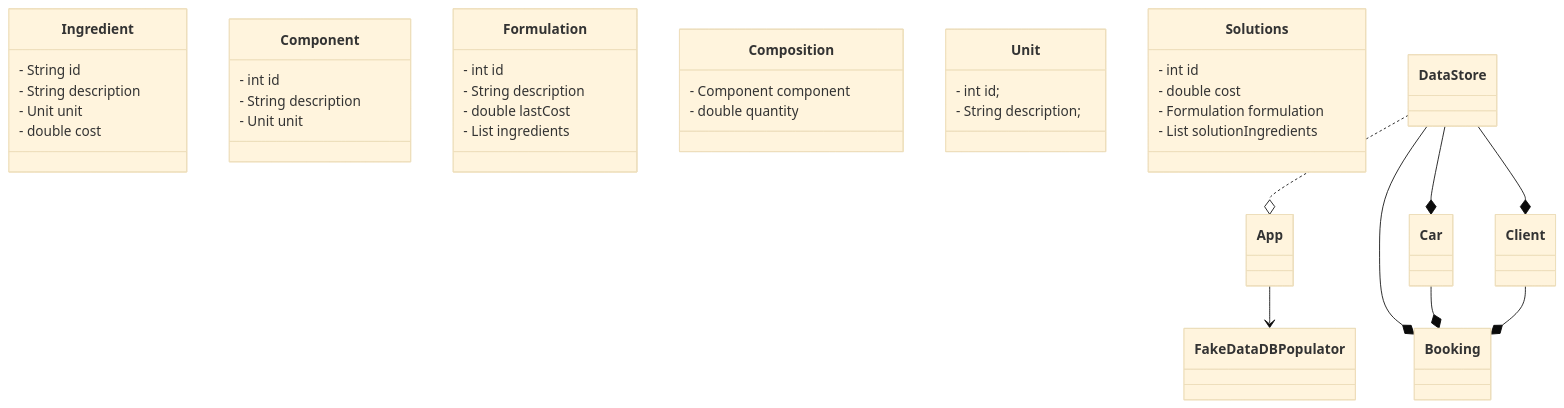
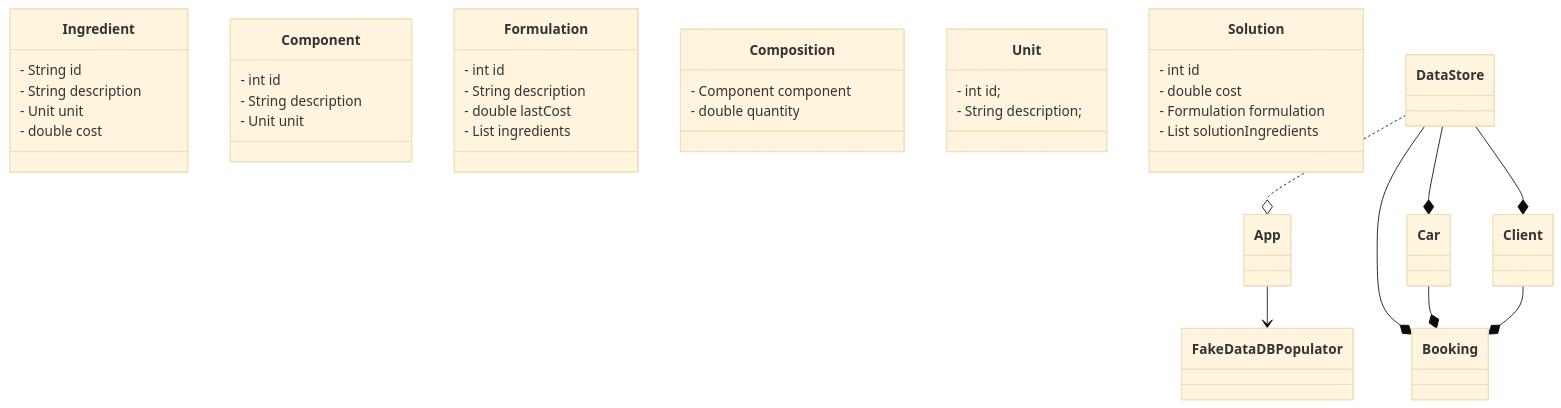
The diagram in docs/uml.md (cvilafer/Formulations), drawn with Mermaid (base theme) before and after one commit. The commit also changed other lines of this file, not shown here.

Commit message:
Reorganize UML Data Model and classes

````diff
--- a/docs/uml.md
+++ b/docs/uml.md
@@ -121,56 +121,56 @@
 ```mermaid
 classDiagram
     class App {
 
     } 
 
     class Ingredient{
       - String id
       - String description
       - Unit unit
       - double cost    
     }
     class Component{
         - int id
     - String description
     - Unit unit
     }
     class Formulation{
         - int id
     - String description
     - double lastCost
     - List<Ingredient> ingredients
 
 
     }
 
     class Composition {
 - Component component
     - double quantity
     }
 
     class Unit {
 
      - int id;
     - String description;
 
     }
 
-    class Solutions {
+    class Solution {
 
     - int id
     - double cost
     - Formulation formulation
     - List<SolutionIngredient> solutionIngredients
 
      }
 
 
     App --> FakeDataDBPopulator
     DataStore ..o App
     DataStore --* Car
     DataStore --* Booking
     DataStore --* Client
     Car --* Booking
     Client --* Booking
 ```
````
